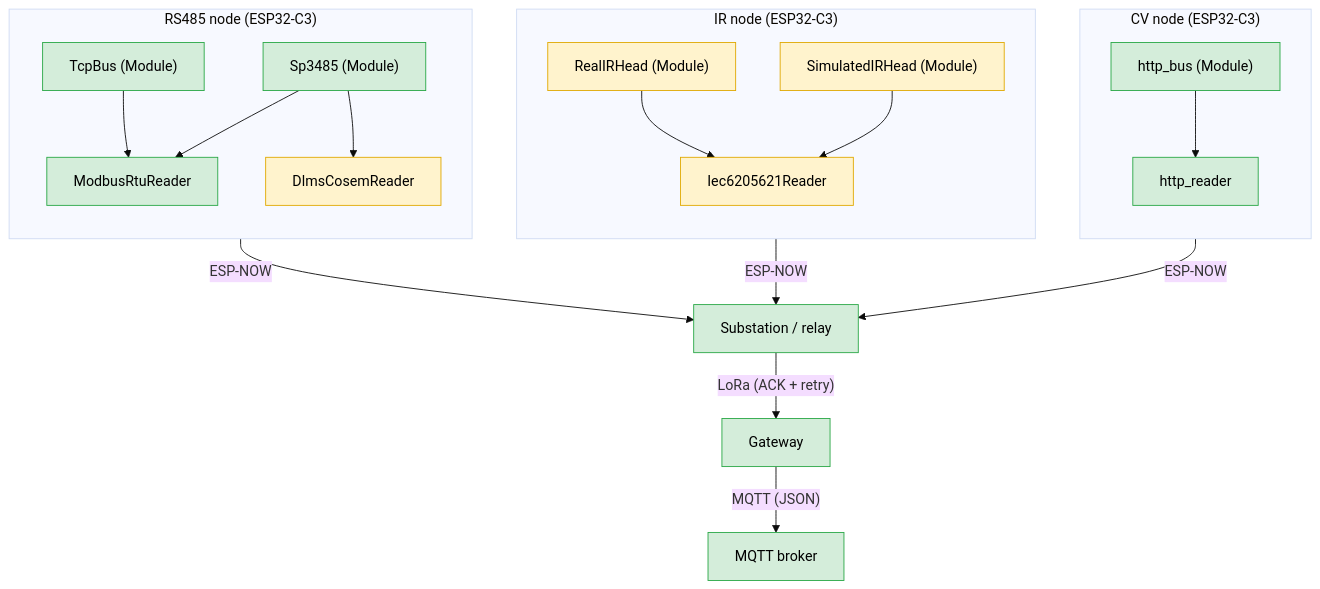
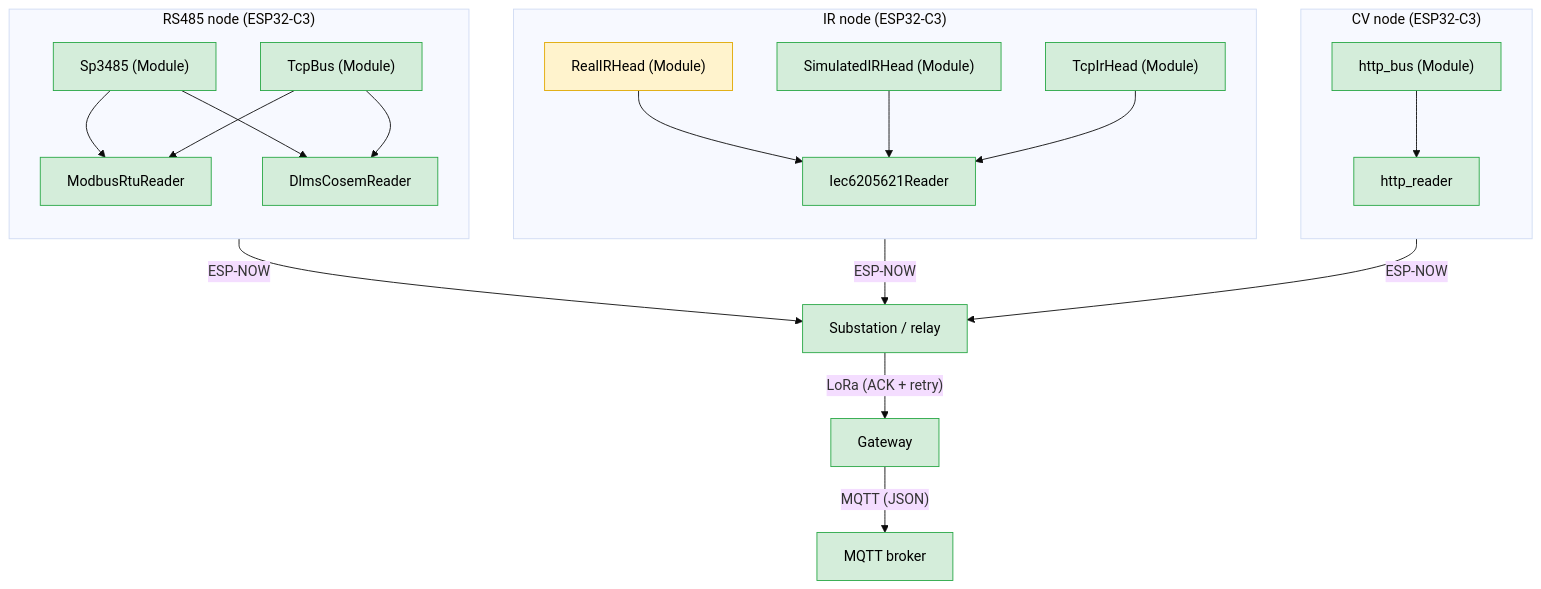
One commit to foucault-dynamics/IoT-Firmware changed the diagram in README.md. Above: the diagram before and after it, drawn with Mermaid (base theme). The commit also changed other lines of this file and 3 other files, not shown here.

````diff
--- a/README.md
+++ b/README.md
@@ -28,32 +28,34 @@
 ```mermaid
 flowchart TD
     subgraph rs485["RS485 node (ESP32-C3)"]
         direction TB
         A["Sp3485 (Module)"] --> R1["ModbusRtuReader"]
         B["TcpBus (Module)"] --> R1
         A --> R4["DlmsCosemReader"]
+        B --> R4
     end
 
     subgraph ir["IR node (ESP32-C3)"]
         direction TB
         C["RealIRHead (Module)"] --> R2["Iec6205621Reader"]
         D["SimulatedIRHead (Module)"] --> R2
+        T["TcpIrHead (Module)"] --> R2
     end
 
     subgraph cv["CV node (ESP32-C3)"]
         direction TB
         E["http_bus (Module)"] --> R3["http_reader"]
     end
 
     rs485 -->|"ESP-NOW"| S["Substation / relay"]
     ir -->|"ESP-NOW"| S
     cv -->|"ESP-NOW"| S
     S -->|"LoRa (ACK + retry)"| G["Gateway"]
     G -->|"MQTT (JSON)"| M["MQTT broker"]
 
     classDef working fill:#d4edda,stroke:#28a745,color:#000
     classDef untested fill:#fff3cd,stroke:#e0a800,color:#000
 
-    class A,B,R1,E,R3,S,G,M working
-    class C,D,R2,R4 untested
+    class A,B,R1,R4,D,T,R2,E,R3,S,G,M working
+    class C untested
 ```
````
